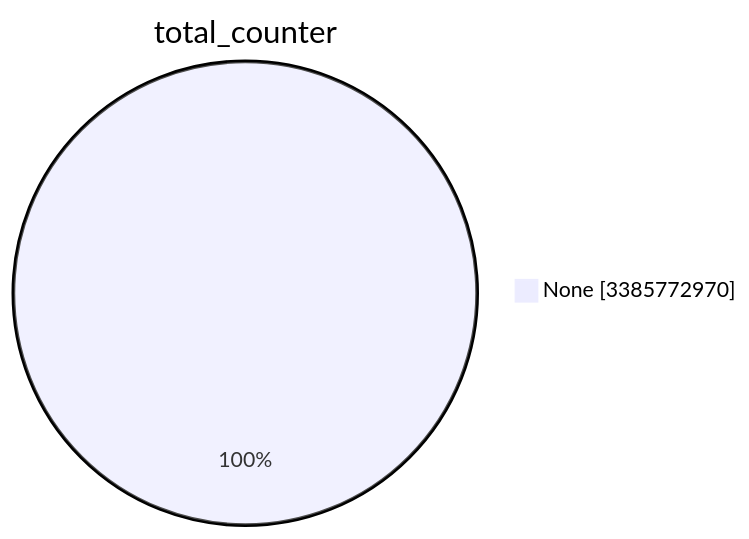
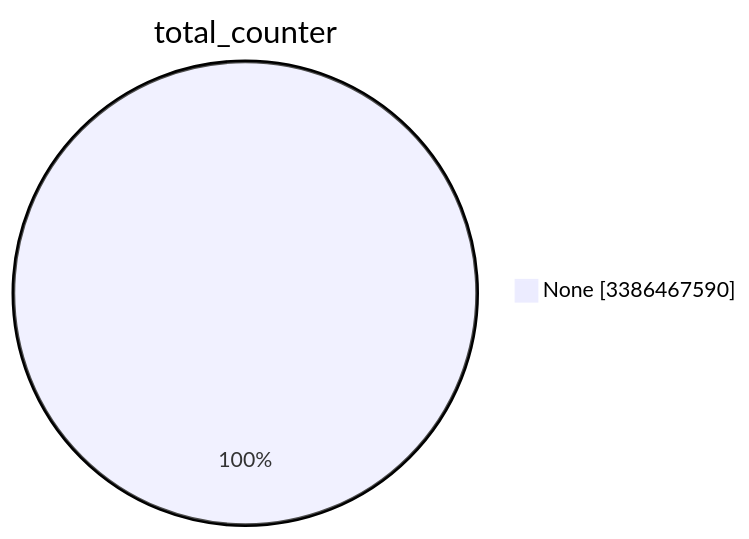
Before and after one commit to christiankrug/ctmonitor_visualization: the first of 15 diagrams in TOTAL/README.md, drawn with Mermaid. The commit also changed other lines of this file, not shown here.

````diff
--- a/TOTAL/README.md
+++ b/TOTAL/README.md
@@ -1,5 +1,5 @@
 ```mermaid
 pie showData
 title total_counter
-"None" :3385772970
+"None" :3386467590
 ```
````
